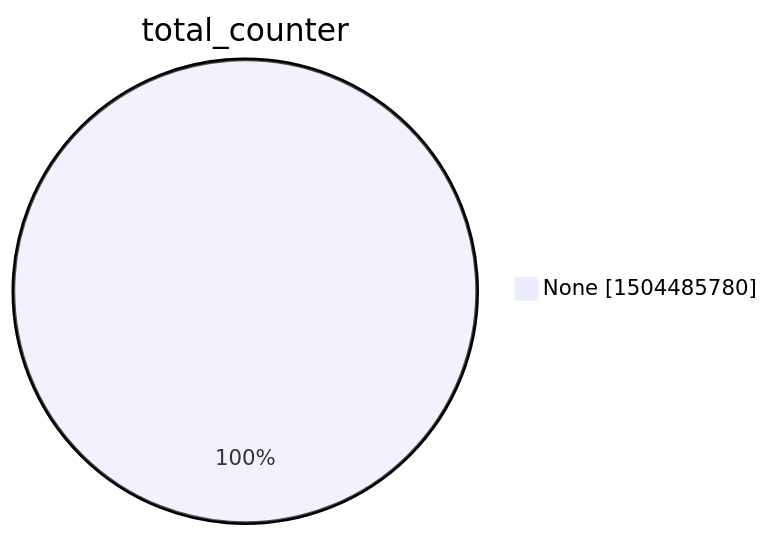
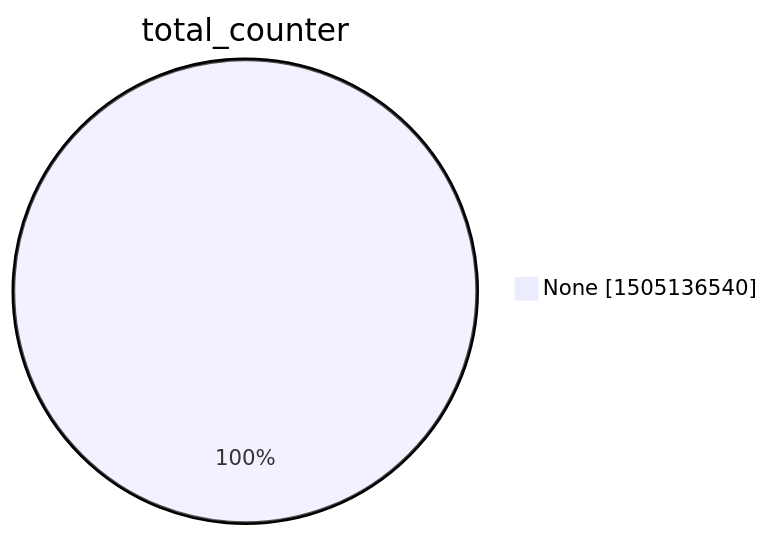
The second of 15 diagrams in argon2022/README.md (christiankrug/ctmonitor_visualization), drawn with Mermaid before and after one commit. The commit also changed other lines of this file, not shown here.

````diff
--- a/argon2022/README.md
+++ b/argon2022/README.md
@@ -9,5 +9,5 @@
 ```mermaid
 pie showData
 title total_counter
-"None" :1504485780
+"None" :1505136540
 ```
````
